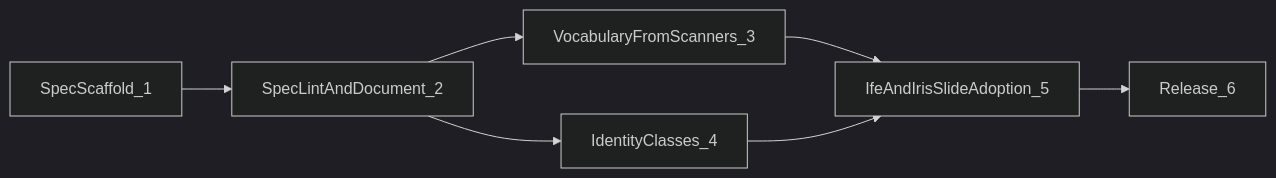
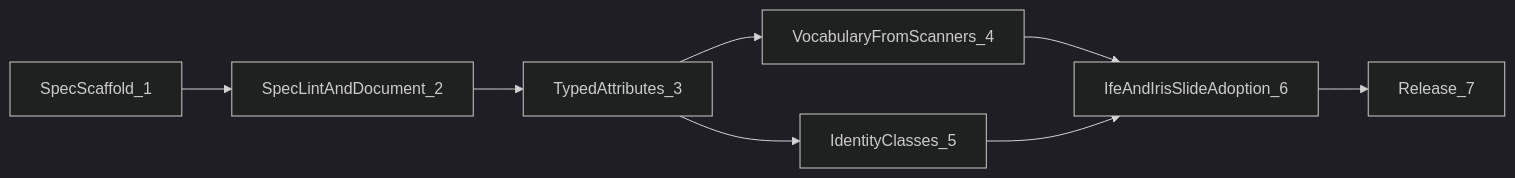
The diagram in development/WBS.md (Aptix-Bio/Iris-Interoperability-Specification), drawn with Mermaid (dark theme) before and after one commit. The commit also changed other lines of this file and 28 other files, not shown here.

````diff
--- a/development/WBS.md
+++ b/development/WBS.md
@@ -26,9 +26,10 @@
 ```mermaid
 flowchart LR
     S1["SpecScaffold_1"] --> S2["SpecLintAndDocument_2"]
-    S2 --> S3["VocabularyFromScanners_3"]
-    S2 --> S4["IdentityClasses_4"]
-    S3 --> S5["IfeAndIrisSlideAdoption_5"]
-    S4 --> S5
-    S5 --> S6["Release_6"]
+    S2 --> S3["TypedAttributes_3"]
+    S3 --> S4["VocabularyFromScanners_4"]
+    S3 --> S5["IdentityClasses_5"]
+    S4 --> S6["IfeAndIrisSlideAdoption_6"]
+    S5 --> S6
+    S6 --> S7["Release_7"]
 ```
````
